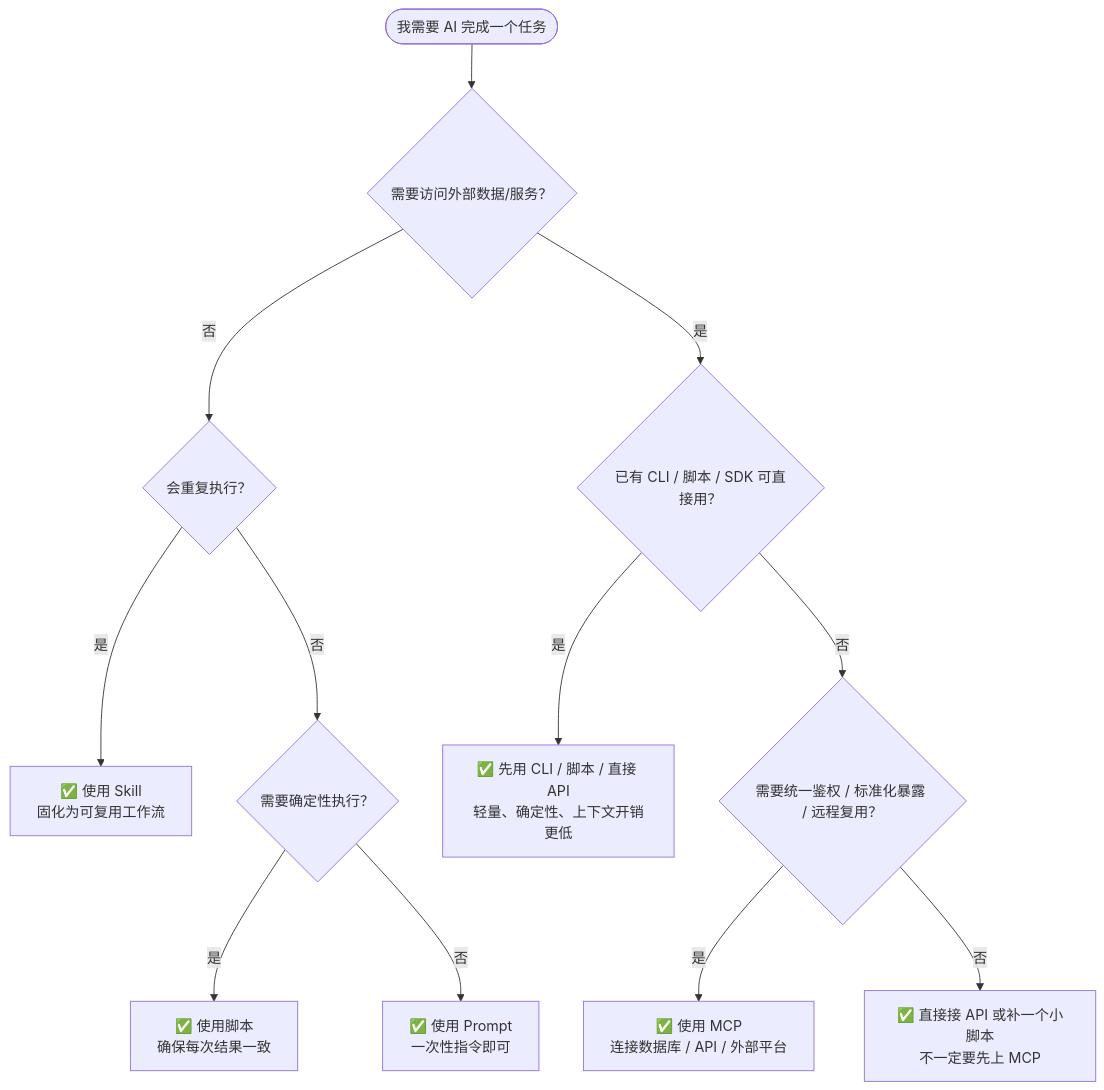
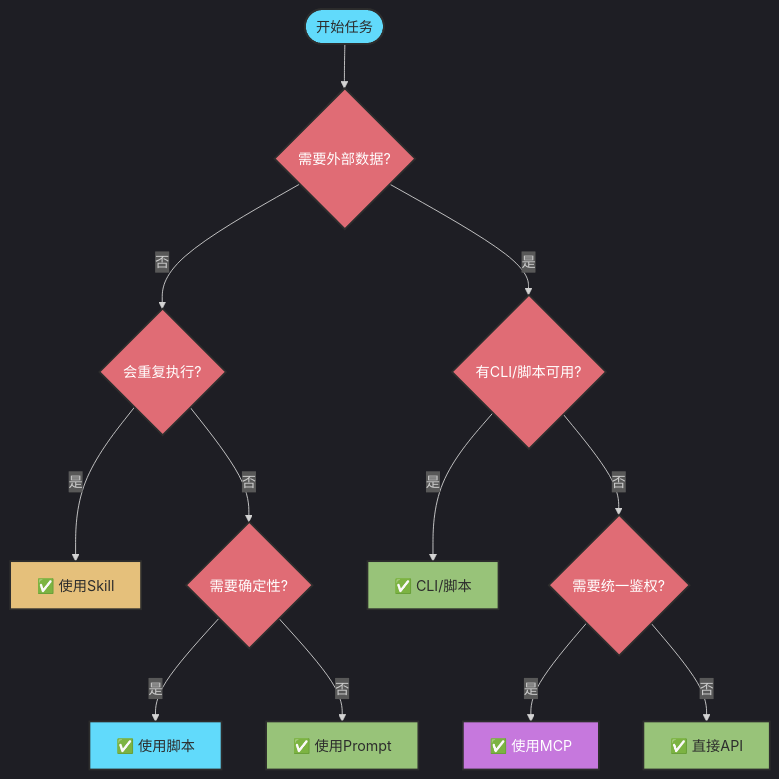
One commit to zht043/AgenticCodingTutorial changed the eighth of 9 diagrams in docs/ch02-concepts/part-2-concepts.md. Above: the diagram before and after it, drawn with Mermaid. The commit also changed other lines of this file and 53 other files, not shown here.

First line of the commit message:
feat: 重构文档结构，新增章节并优化 mermaid 图表

````diff
--- a/docs/ch02-concepts/part-2-concepts.md
+++ b/docs/ch02-concepts/part-2-concepts.md
@@ -424,19 +313,30 @@
 ```mermaid
+---
+config:
+  theme: dark
+---
 flowchart TB
-    Start(["我需要 AI 完成一个任务"]) --> Q1{"需要访问外部数据/服务？"}
+    classDef start fill:#61dafb,stroke:#2d2d2d,stroke-width:2px,color:#2d2d2d
+    classDef decision fill:#e06c75,stroke:#2d2d2d,stroke-width:2px,color:#fff
+    classDef cli fill:#98c379,stroke:#2d2d2d,stroke-width:2px,color:#2d2d2d
+    classDef mcp fill:#c678dd,stroke:#2d2d2d,stroke-width:2px,color:#fff
+    classDef skill fill:#e5c07b,stroke:#2d2d2d,stroke-width:2px,color:#2d2d2d
+    classDef script fill:#61dafb,stroke:#2d2d2d,stroke-width:2px,color:#2d2d2d
 
-    Q1 -- 否 --> Q2{"会重复执行？"}
-    Q1 -- 是 --> Q1A{"已有 CLI / 脚本 / SDK 可直接用？"}
+    Start(["开始任务"]):::start --> Q1{"需要外部数据?"}:::decision
 
-    Q1A -- 是 --> CLI["✅ 先用 CLI / 脚本 / 直接 API<br/>轻量、确定性、上下文开销更低"]
-    Q1A -- 否 --> Q1B{"需要统一鉴权 / 标准化暴露 / 远程复用？"}
+    Q1 -- 否 --> Q2{"会重复执行?"}:::decision
+    Q1 -- 是 --> Q1A{"有CLI/脚本可用?"}:::decision
 
-    Q1B -- 是 --> MCP["✅ 使用 MCP<br/>连接数据库 / API / 外部平台"]
-    Q1B -- 否 --> API["✅ 直接接 API 或补一个小脚本<br/>不一定要先上 MCP"]
+    Q1A -- 是 --> CLI["✅ CLI/脚本"]:::cli
+    Q1A -- 否 --> Q1B{"需要统一鉴权?"}:::decision
 
-    Q2 -- 是 --> Skill["✅ 使用 Skill<br/>固化为可复用工作流"]
-    Q2 -- 否 --> Q3{"需要确定性执行？"}
+    Q1B -- 是 --> MCP["✅ 使用MCP"]:::mcp
+    Q1B -- 否 --> API["✅ 直接API"]:::cli
 
-    Q3 -- 是 --> Script["✅ 使用脚本<br/>确保每次结果一致"]
-    Q3 -- 否 --> Prompt["✅ 使用 Prompt<br/>一次性指令即可"]
+    Q2 -- 是 --> Skill["✅ 使用Skill"]:::skill
+    Q2 -- 否 --> Q3{"需要确定性?"}:::decision
+
+    Q3 -- 是 --> Script["✅ 使用脚本"]:::script
+    Q3 -- 否 --> Prompt["✅ 使用Prompt"]:::cli
 ```
````
